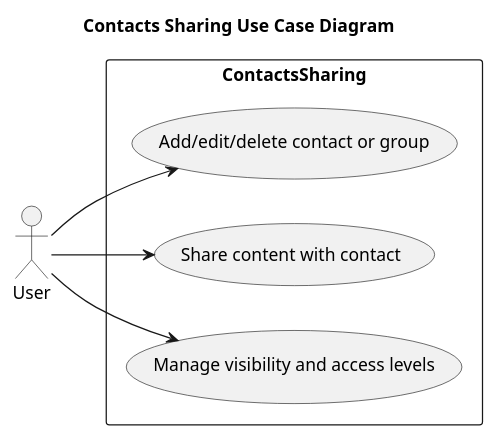
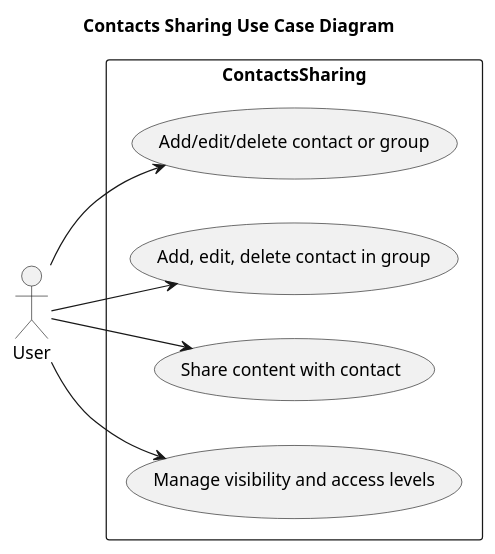
Before and after one commit to andyegli/daysave.app: the diagram in docs/diagrams/src/usecase_contactssharing.puml, drawn with PlantUML. The commit also changed 4 other files, not shown here.

Commit message:
updated docs added diagrams

```diff
--- a/docs/diagrams/src/usecase_contactssharing.puml
+++ b/docs/diagrams/src/usecase_contactssharing.puml
@@ -1,13 +1,15 @@
 @startuml daysave_contactssharing
 title Contacts Sharing Use Case Diagram
 left to right direction
 actor User
 rectangle ContactsSharing {
   ( Add/edit/delete contact or group )
   User --> ( Add/edit/delete contact or group )
+    ( Add, edit, delete contact in group )
+  User --> ( Add, edit, delete contact in group )
   ( Share content with contact )
   User --> ( Share content with contact )
   ( Manage visibility and access levels )
   User --> ( Manage visibility and access levels )
 }
 @enduml
```
